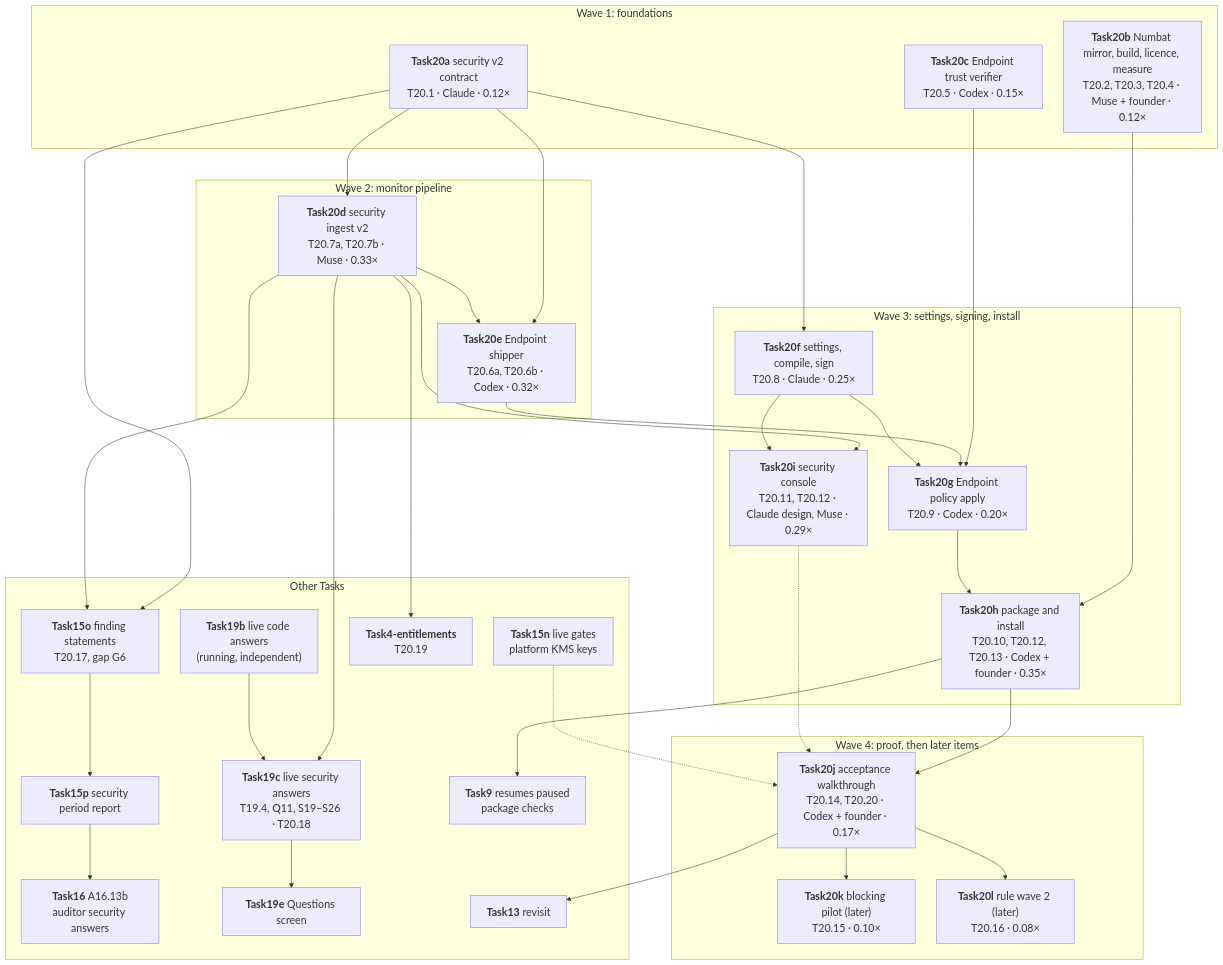
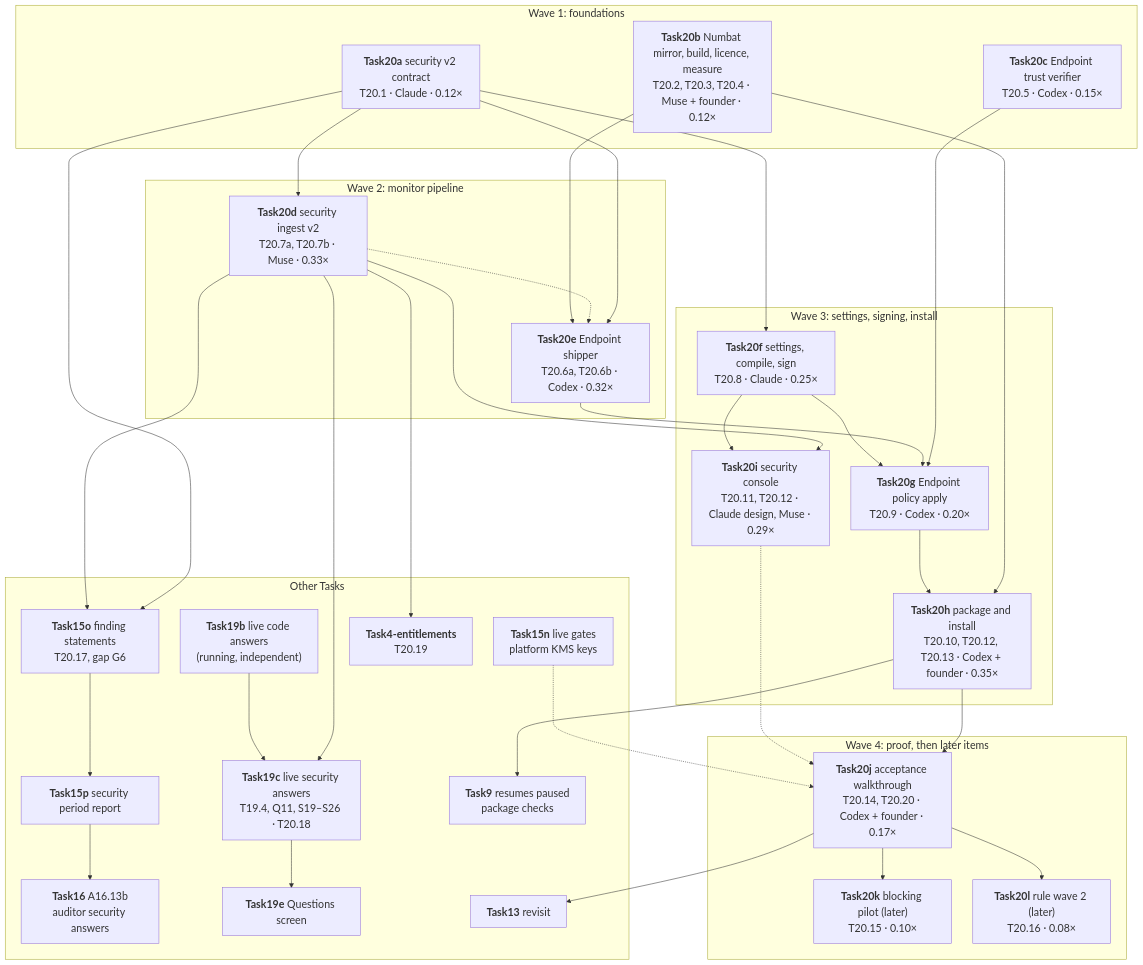
The diagram in docs/plan/TASK20.md (mahamannu-ux/TrackAI-V1), drawn with Mermaid before and after one commit. The commit also changed other lines of this file and 5 other files, not shown here.

Commit message:
Task20-plan: review fixes (Task20e merges against Task20a schemas, IT-M20-02; G11 split; audit catalogue via Task16 contract PR; repo splits; naming in AGENTS.md routes)

````diff
--- a/docs/plan/TASK20.md
+++ b/docs/plan/TASK20.md
@@ -155,59 +155,60 @@
 ```mermaid
 %%{init: {"flowchart": {"nodeSpacing": 40, "rankSpacing": 60}, "themeVariables": {"fontSize": "20px"}}}%%
 flowchart TB
   subgraph W1["Wave 1: foundations"]
     A["<b>Task20a</b> security v2 contract<br/>T20.1 · Claude · 0.12×"]
     B["<b>Task20b</b> Numbat mirror, build, licence, measure<br/>T20.2, T20.3, T20.4 · Muse + founder · 0.12×"]
     C["<b>Task20c</b> Endpoint trust verifier<br/>T20.5 · Codex · 0.15×"]
   end
   subgraph W2["Wave 2: monitor pipeline"]
     D["<b>Task20d</b> security ingest v2<br/>T20.7a, T20.7b · Muse · 0.33×"]
     E["<b>Task20e</b> Endpoint shipper<br/>T20.6a, T20.6b · Codex · 0.32×"]
   end
   subgraph W3["Wave 3: settings, signing, install"]
     F["<b>Task20f</b> settings, compile, sign<br/>T20.8 · Claude · 0.25×"]
     G["<b>Task20g</b> Endpoint policy apply<br/>T20.9 · Codex · 0.20×"]
     H["<b>Task20h</b> package and install<br/>T20.10, T20.12, T20.13 · Codex + founder · 0.35×"]
     I["<b>Task20i</b> security console<br/>T20.11, T20.12 · Claude design, Muse · 0.29×"]
   end
   subgraph W4["Wave 4: proof, then later items"]
     J["<b>Task20j</b> acceptance walkthrough<br/>T20.14, T20.20 · Codex + founder · 0.17×"]
     K["<b>Task20k</b> blocking pilot (later)<br/>T20.15 · 0.10×"]
     L["<b>Task20l</b> rule wave 2 (later)<br/>T20.16 · 0.08×"]
   end
   subgraph OT["Other Tasks"]
     N["<b>Task15n</b> live gates<br/>platform KMS keys"]
     O["<b>Task15o</b> finding statements<br/>T20.17, gap G6"]
     P["<b>Task15p</b> security period report"]
     Q16["<b>Task16</b> A16.13b<br/>auditor security answers"]
     S19b["<b>Task19b</b> live code answers<br/>(running, independent)"]
     S19c["<b>Task19c</b> live security answers<br/>T19.4, Q11, S19–S26 · T20.18"]
     S19e["<b>Task19e</b> Questions screen"]
     ENT["<b>Task4-entitlements</b><br/>T20.19"]
     T9["<b>Task9</b> resumes paused<br/>package checks"]
     T13["<b>Task13</b> revisit"]
   end
   A --> D
   A --> E
   A --> F
   A --> O
-  D --> E
+  D -.-> E
+  B --> E
   D --> I
   C --> G
   E --> G
   F --> G
   F --> I
   B --> H
   G --> H
   H --> J
   I -.-> J
   N -.-> J
   J --> K
   J --> L
   J --> T13
   H --> T9
   D --> O --> P --> Q16
   D --> S19c
   S19b --> S19c --> S19e
   D --> ENT
 ```
````
